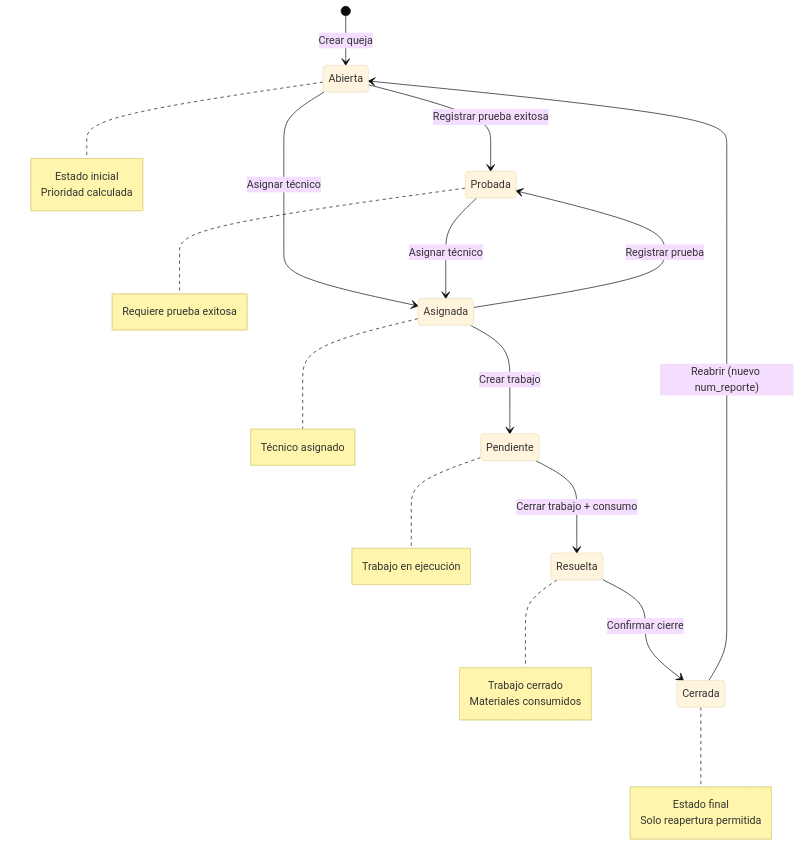
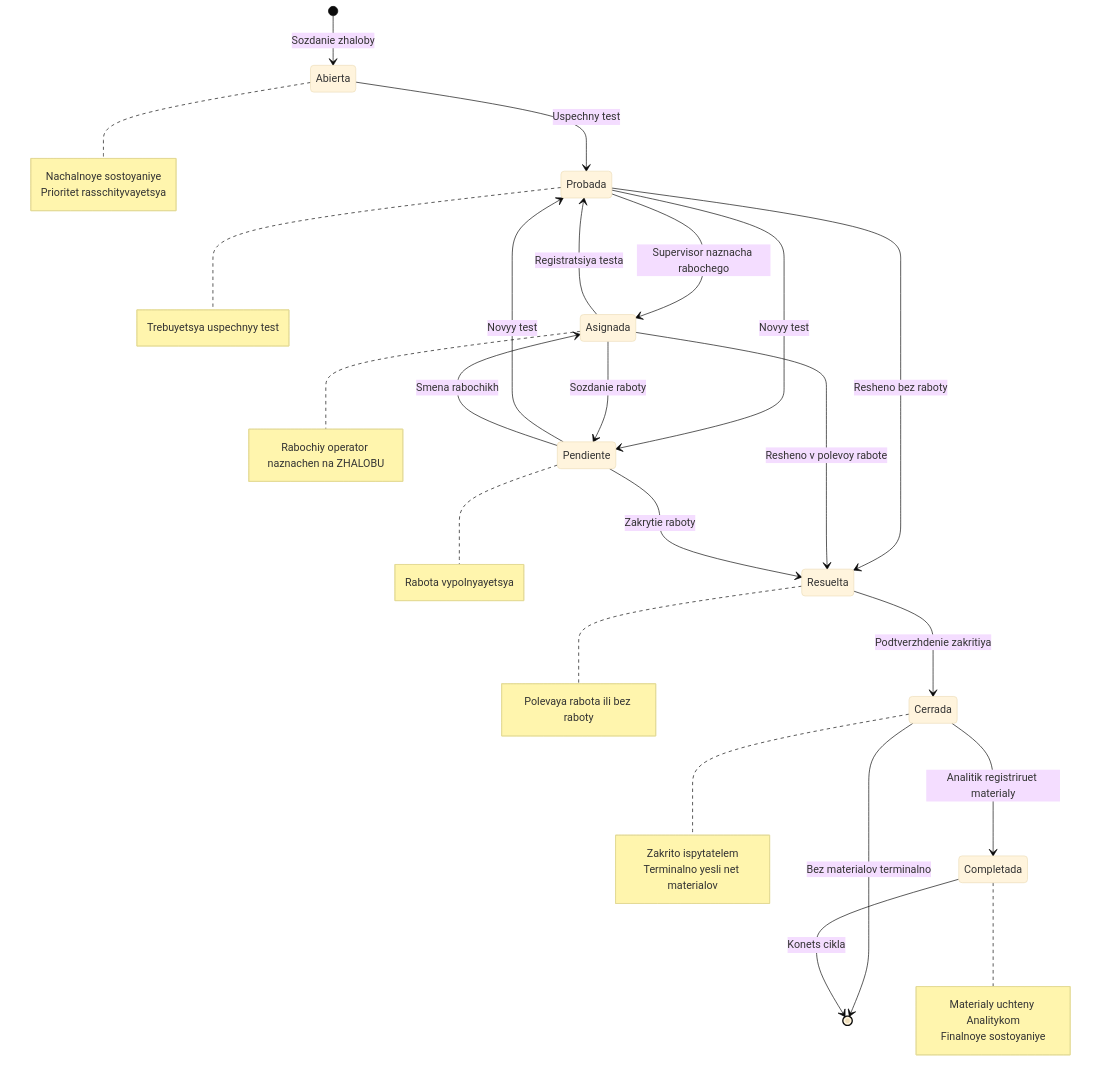
Before and after one commit to ybotet/SISGAD5_1.0: the first of 4 diagrams in docs/09_state_machines.ru.md, drawn with Mermaid (base theme). The commit also changed other lines of this file and 1 other file, not shown here.

First line of the commit message:
docs(09): maquinas de estado v2.0 — estado Completada, roles Probador/Supervisor/Analista materiales

````diff
--- a/docs/09_state_machines.ru.md
+++ b/docs/09_state_machines.ru.md
@@ -45,39 +52,49 @@
 ```mermaid
 stateDiagram-v2
-    [*] --> Abierta: Crear queja
-    Abierta --> Probada: Registrar prueba exitosa
-    Abierta --> Asignada: Asignar técnico
-    Probada --> Asignada: Asignar técnico
-    Asignada --> Pendiente: Crear trabajo
-    Asignada --> Probada: Registrar prueba
-    Pendiente --> Resuelta: Cerrar trabajo + consumo
-    Resuelta --> Cerrada: Confirmar cierre
-    Cerrada --> Abierta: Reabrir (nuevo num_reporte)
-    
+    [*] --> Abierta: Sozdanie zhaloby
+    Abierta --> Probada: Uspechny test
+    Probada --> Asignada: Supervisor naznacha rabochego
+    Probada --> Resuelta: Resheno bez raboty
+    Probada --> Pendiente: Novyy test
+    Asignada --> Pendiente: Sozdanie raboty
+    Asignada --> Probada: Registratsiya testa
+    Asignada --> Resuelta: Resheno v polevoy rabote
+    Pendiente --> Probada: Novyy test
+    Pendiente --> Asignada: Smena rabochikh
+    Pendiente --> Resuelta: Zakrytie raboty
+    Resuelta --> Cerrada: Podtverzhdenie zakritiya
+    Cerrada --> Completada: Analitik registriruet materialy
+    Cerrada --> [*]: Bez materialov terminalno
+    Completada --> [*]: Konets cikla
+
     note right of Abierta
-        Estado inicial
-        Prioridad calculada
+        Nachalnoye sostoyaniye
+        Prioritet rasschityvayetsya
     end note
-    
+
     note right of Probada
-        Requiere prueba exitosa
+        Trebuyetsya uspechnyy test
     end note
-    
+
     note right of Asignada
-        Técnico asignado
+        Rabochiy operator naznachen na ZHALOBU
     end note
-    
+
     note right of Pendiente
-        Trabajo en ejecución
+        Rabota vypolnyayetsya
     end note
-    
+
     note right of Resuelta
-        Trabajo cerrado
-        Materiales consumidos
+        Polevaya rabota ili bez raboty
     end note
-    
+
     note right of Cerrada
-        Estado final
-        Solo reapertura permitida
+        Zakrito ispytatelem
+        Terminalno yesli net materialov
+    end note
+
+    note right of Completada
+        Materialy uchteny Analitykom
+        Finalnoye sostoyaniye
     end note
 ```
````
